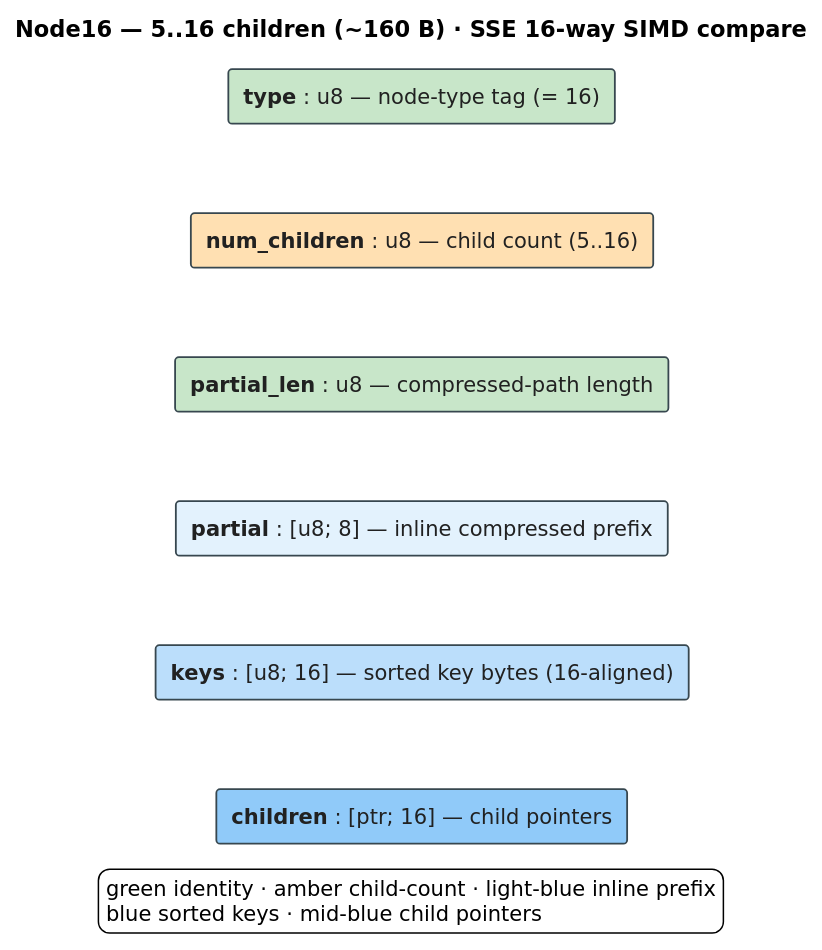
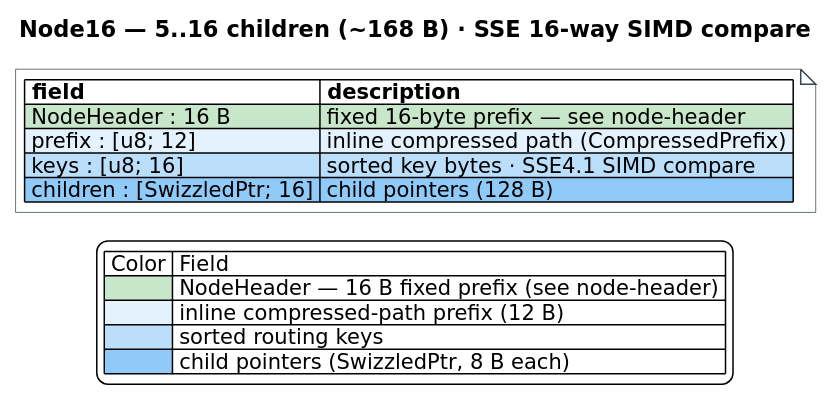
The diagram in docs/diagrams/src/art-node16-fields.puml (vinary-tree/libdictenstein), drawn with PlantUML before and after one commit. The commit also changed 80 other files, not shown here.

First line of the commit message:
docs: diagram contiguity/swatch overhaul + persistence-doc correctness review

```diff
--- a/docs/diagrams/src/art-node16-fields.puml
+++ b/docs/diagrams/src/art-node16-fields.puml
@@ -1,39 +1,38 @@
 @startuml art-node16-fields
 ' ============================================================================
 ' art-node16-fields.puml — the Node16 struct layout (byte-ART, 5..16 children).
-' Source: docs/theory/disk-tries/03-adaptive-radix-tree.md (Leis et al. 2013).
-' Replaces the ASCII struct-field box with a compact, colored, viewBox'd byte-field.
-' Color key:  green identity · amber child-count · light-blue inline prefix ·
-'             blue sorted keys · mid-blue child pointers
+' Source of truth: src/persistent_artrie/nodes/node16.rs (§Layout comment, ~168 B).
+' Drawn as a CONTIGUOUS colored field table hosted in a floating note; rows share
+' borders (no gaps). Layout = 16-B NodeHeader + 12-B CompressedPrefix + keys + children.
+' Color key: green NodeHeader · light-blue inline prefix · blue sorted keys ·
+'            mid-blue child pointers
 ' ============================================================================
 skinparam defaultFontSize 14
 skinparam shadowing false
 skinparam backgroundColor #FFFFFF
 skinparam defaultFontName "DejaVu Sans"
-skinparam rectangle {
+skinparam TitleFontSize 15
+skinparam noteFontSize 14
+skinparam note {
+  BackgroundColor #FFFFFF
   BorderColor #37474F
-  FontColor #212121
-  BorderThickness 1.2
 }
-skinparam TitleFontSize 15
 
-title Node16 — 5..16 children (~160 B) · SSE 16-way SIMD compare
+title Node16 — 5..16 children (~168 B) · SSE 16-way SIMD compare
 
-rectangle "**type** : u8 — node-type tag (= 16)" as R0 #C8E6C9
-rectangle "**num_children** : u8 — child count (5..16)" as R1 #FFE0B2
-rectangle "**partial_len** : u8 — compressed-path length" as R2 #C8E6C9
-rectangle "**partial** : [u8; 8] — inline compressed prefix" as R3 #E3F2FD
-rectangle "**keys** : [u8; 16] — sorted key bytes (16-aligned)" as R4 #BBDEFB
-rectangle "**children** : [ptr; 16] — child pointers" as R5 #90CAF9
-
-R0 -[hidden]down- R1
-R1 -[hidden]down- R2
-R2 -[hidden]down- R3
-R3 -[hidden]down- R4
-R4 -[hidden]down- R5
+note as N16
+|= field |= description |
+|<#C8E6C9> NodeHeader : 16 B |<#C8E6C9> fixed 16-byte prefix — see node-header |
+|<#E3F2FD> prefix : [u8; 12] |<#E3F2FD> inline compressed path (CompressedPrefix) |
+|<#BBDEFB> keys : [u8; 16] |<#BBDEFB> sorted key bytes · SSE4.1 SIMD compare |
+|<#90CAF9> children : [SwizzledPtr; 16] |<#90CAF9> child pointers (128 B) |
+end note
 
 legend bottom
-  green identity · amber child-count · light-blue inline prefix
-  blue sorted keys · mid-blue child pointers
+| Color | Field |
+|<#C8E6C9>| NodeHeader — 16 B fixed prefix (see node-header) |
+|<#E3F2FD>| inline compressed-path prefix (12 B) |
+|<#BBDEFB>| sorted routing keys |
+|<#90CAF9>| child pointers (SwizzledPtr, 8 B each) |
 endlegend
 @enduml
```
